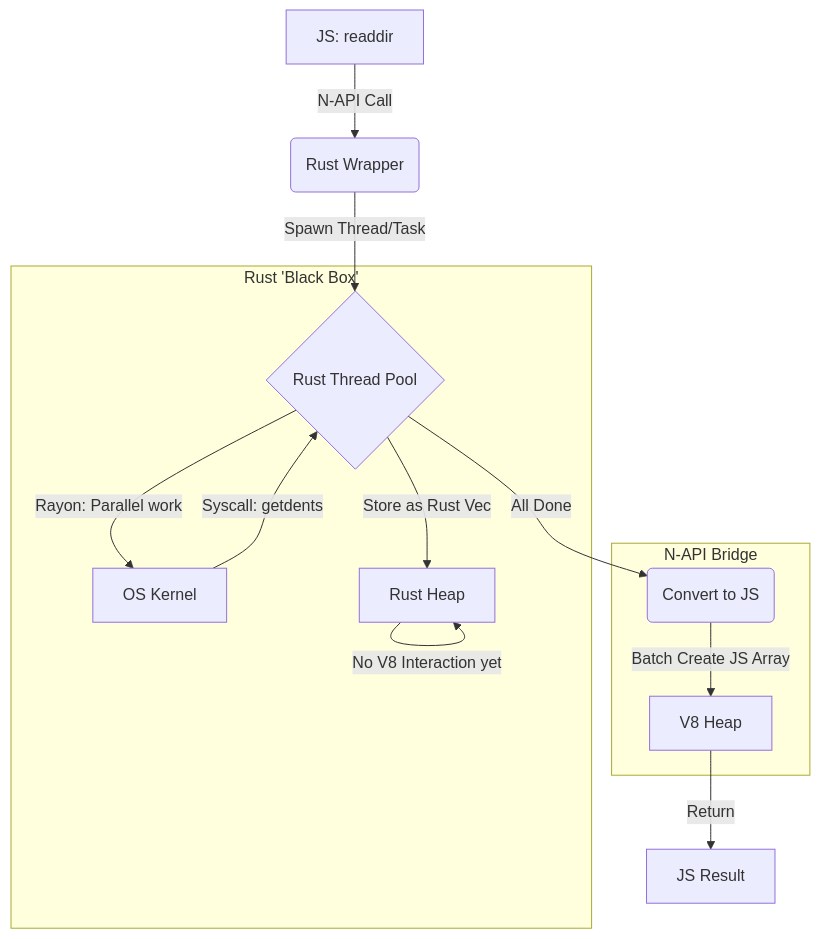
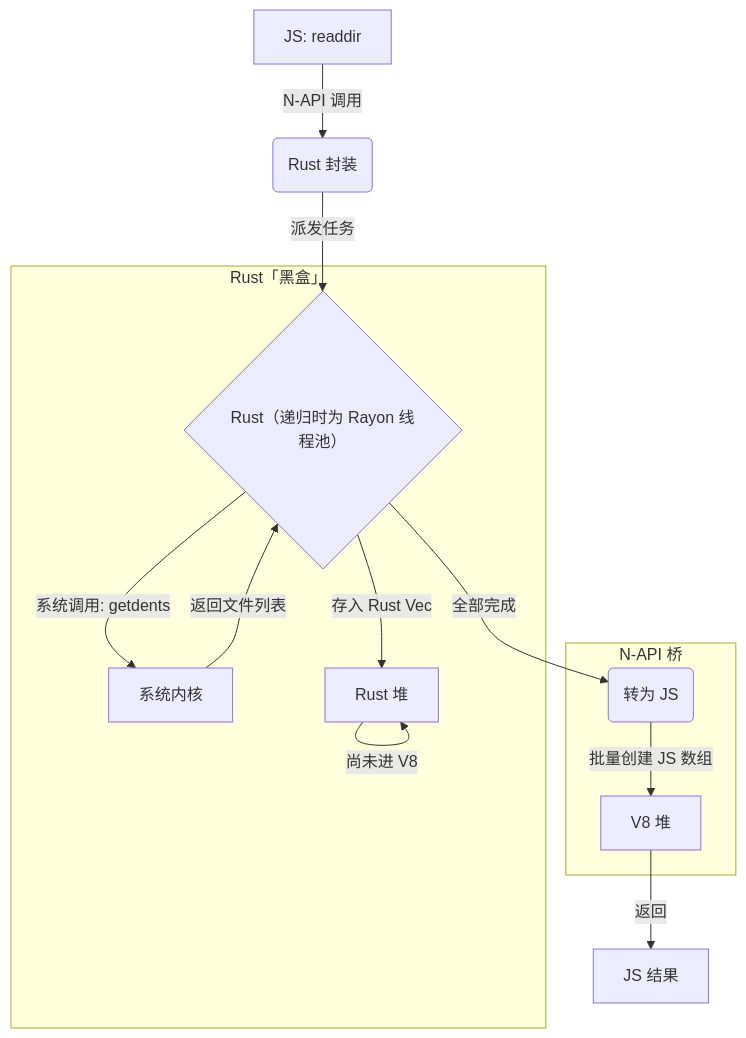
Before and after one commit to CoderSerio/rush-fs: the second of 2 diagrams in README.zh-CN.md, drawn with Mermaid. The commit also changed other lines of this file and 2 other files, not shown here.

````diff
--- a/README.zh-CN.md
+++ b/README.zh-CN.md
@@ -170,20 +170,20 @@
 ```mermaid
 graph TD
-    A["JS: readdir"] -->|"N-API Call"| B("Rust Wrapper")
-    B -->|"Spawn Thread/Task"| C{"Rust Thread Pool"}
+    A["JS: readdir"] -->|"N-API 调用"| B("Rust 封装")
+    B -->|"派发任务"| C{"Rust（递归时为 Rayon 线程池）"}
 
-    subgraph "Rust 'Black Box'"
-    C -->|"Rayon: Parallel work"| D[OS Kernel]
-    D -->|"Syscall: getdents"| C
-    C -->|"Store as Rust Vec<String>"| H[Rust Heap]
-    H -->|"No V8 Interaction yet"| H
+    subgraph "Rust「黑盒」"
+    C -->|"系统调用: getdents"| D[系统内核]
+    D -->|"返回文件列表"| C
+    C -->|"存入 Rust Vec<String>"| H[Rust 堆]
+    H -->|"尚未进 V8"| H
     end
 
-    C -->|"All Done"| I("Convert to JS")
+    C -->|"全部完成"| I("转为 JS")
 
-    subgraph "N-API Bridge"
-    I -->|"Batch Create JS Array"| J[V8 Heap]
+    subgraph "N-API 桥"
+    I -->|"批量创建 JS 数组"| J[V8 堆]
     end
 
-    J -->|Return| K["JS Result"]
+    J -->|返回| K["JS 结果"]
 ```
````
